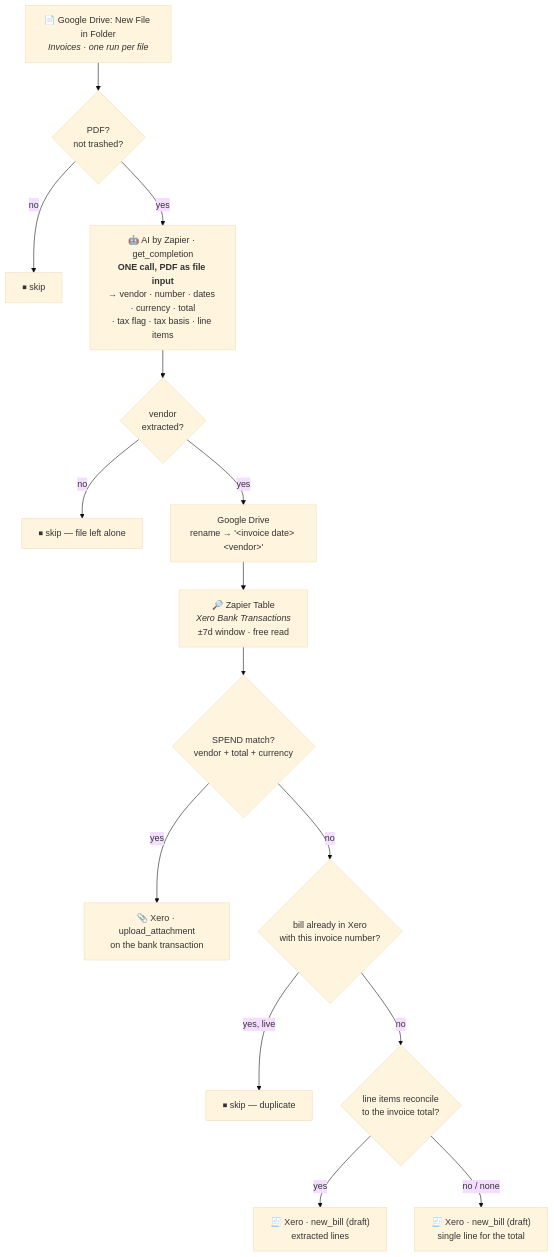
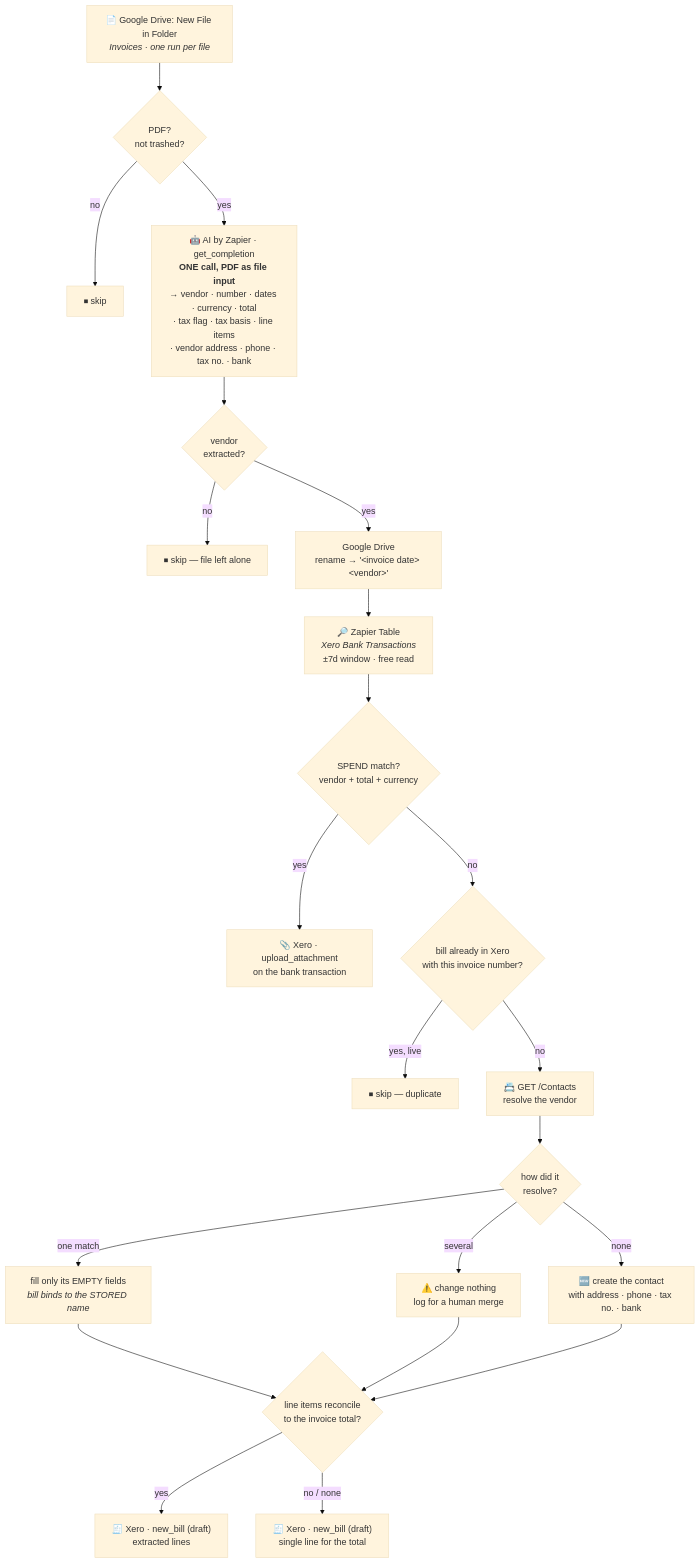
Before and after one commit to work-flowers/zapier-sdk: the diagram in drive-invoice-to-xero/README.md, drawn with Mermaid (base theme). The commit also changed other lines of this file and 4 other files, not shown here.

````diff
--- a/drive-invoice-to-xero/README.md
+++ b/drive-invoice-to-xero/README.md
@@ -31,18 +37,25 @@
 ```mermaid
 flowchart TD
     T["📄 Google Drive: New File in Folder<br/><i>Invoices · one run per file</i>"] --> G{"PDF?<br/>not trashed?"}
     G -- no --> X["⏹ skip"]
-    G -- yes --> AI["🤖 AI by Zapier · get_completion<br/><b>ONE call, PDF as file input</b><br/>→ vendor · number · dates · currency · total<br/>· tax flag · tax basis · line items"]
+    G -- yes --> AI["🤖 AI by Zapier · get_completion<br/><b>ONE call, PDF as file input</b><br/>→ vendor · number · dates · currency · total<br/>· tax flag · tax basis · line items<br/>· vendor address · phone · tax no. · bank"]
     AI --> V{"vendor<br/>extracted?"}
     V -- no --> X2["⏹ skip — file left alone"]
     V -- yes --> R["Google Drive<br/>rename → '&lt;invoice date&gt; &lt;vendor&gt;'"]
     R --> Q["🔎 Zapier Table<br/><i>Xero Bank Transactions</i><br/>±7d window · free read"]
     Q --> M{"SPEND match?<br/>vendor + total + currency"}
 
     M -- yes --> A["📎 Xero · upload_attachment<br/>on the bank transaction"]
     M -- no --> D{"bill already in Xero<br/>with this invoice number?"}
     D -- "yes, live" --> X3["⏹ skip — duplicate"]
-    D -- no --> L{"line items reconcile<br/>to the invoice total?"}
+    D -- no --> C["📇 GET /Contacts<br/>resolve the vendor"]
+    C --> CT{"how did it<br/>resolve?"}
+    CT -- "one match" --> CE["fill only its EMPTY fields<br/><i>bill binds to the STORED name</i>"]
+    CT -- "several" --> CA["⚠️ change nothing<br/>log for a human merge"]
+    CT -- "none" --> CC["🆕 create the contact<br/>with address · phone · tax no. · bank"]
+    CE --> L{"line items reconcile<br/>to the invoice total?"}
+    CA --> L
+    CC --> L
     L -- yes --> B["🧾 Xero · new_bill (draft)<br/>extracted lines"]
     L -- "no / none" --> B2["🧾 Xero · new_bill (draft)<br/>single line for the total"]
 ```
````
